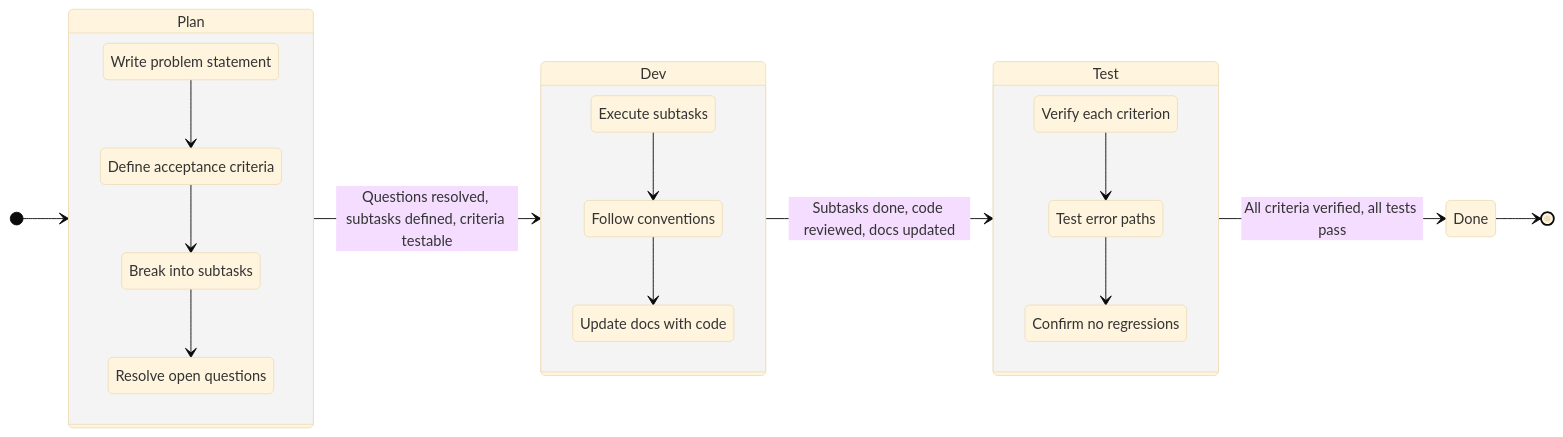
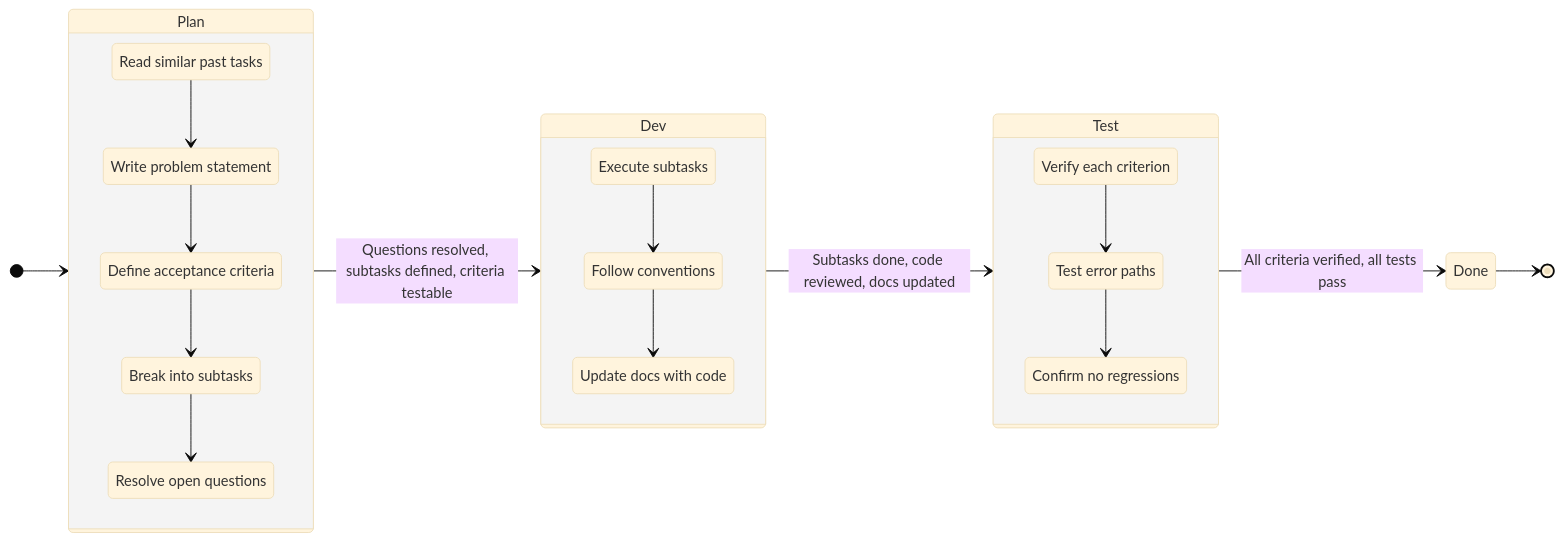
Before and after one commit to moniav/sk: the diagram in assets/src/task-lifecycle.mmd, drawn with Mermaid (base theme). The commit also changed 6 other files, not shown here.

First line of the commit message:
docs(readme): describe 3.2.0, correct stale claims, complete the credits; refresh three diagrams

```diff
--- a/assets/src/task-lifecycle.mmd
+++ b/assets/src/task-lifecycle.mmd
@@ -1,37 +1,39 @@
 stateDiagram-v2
     direction LR
 
     [*] --> Plan
     Plan --> Dev : Questions resolved, subtasks defined, criteria testable
     Dev --> Test : Subtasks done, code reviewed, docs updated
     Test --> Done : All criteria verified, all tests pass
     Done --> [*]
 
     state Plan {
         direction TB
+        p0: Read similar past tasks
         p1: Write problem statement
         p2: Define acceptance criteria
         p3: Break into subtasks
         p4: Resolve open questions
+        p0 --> p1
         p1 --> p2
         p2 --> p3
         p3 --> p4
     }
 
     state Dev {
         direction TB
         d1: Execute subtasks
         d2: Follow conventions
         d3: Update docs with code
         d1 --> d2
         d2 --> d3
     }
 
     state Test {
         direction TB
         t1: Verify each criterion
         t2: Test error paths
         t3: Confirm no regressions
         t1 --> t2
         t2 --> t3
     }
```
